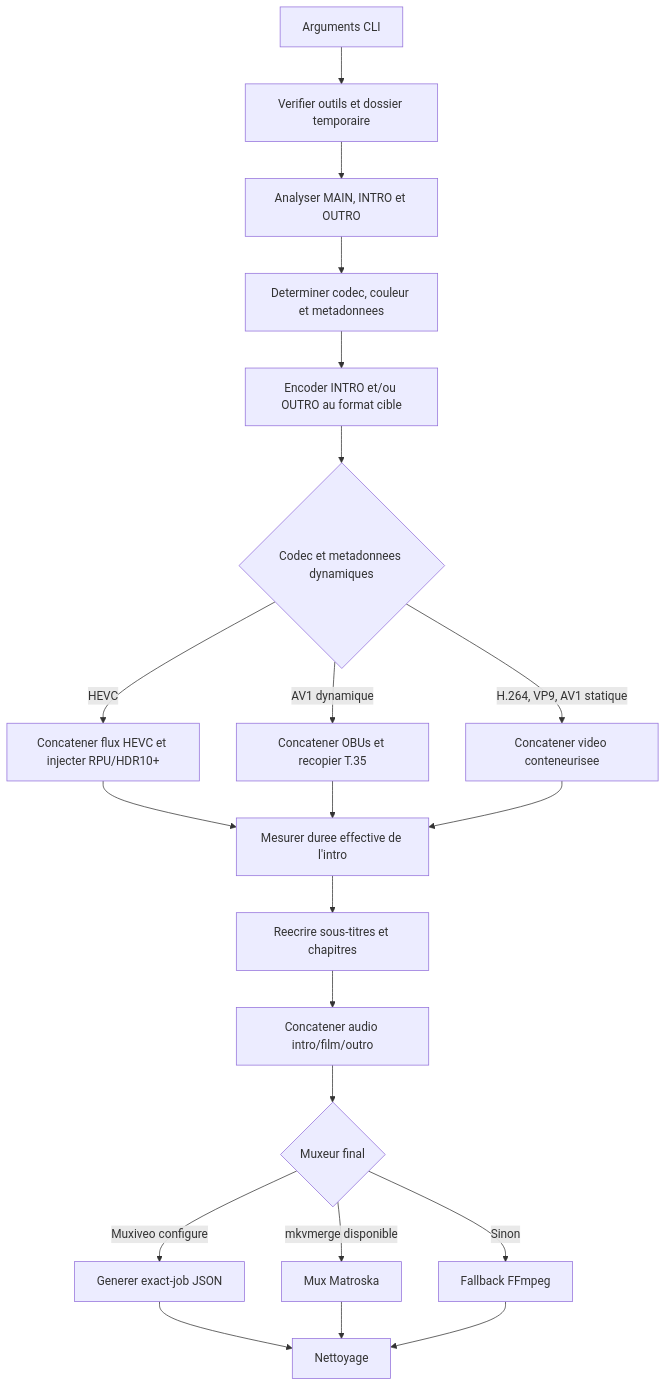
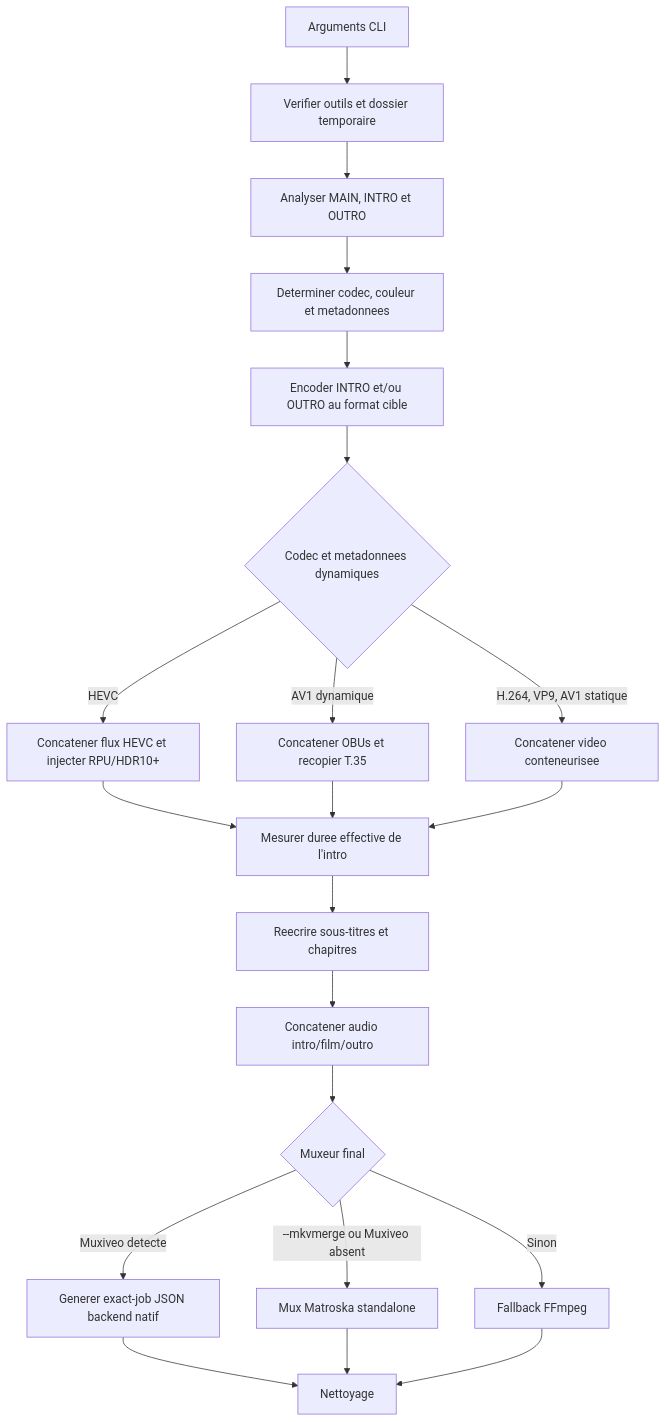
Before and after one commit to Hydro74000/mediarecode: the first of 2 diagrams in scripts/concat_video.md, drawn with Mermaid. The commit also changed other lines of this file, not shown here.

Commit message:
docs(concat): align standalone backend order with locked amendment

````diff
--- a/scripts/concat_video.md
+++ b/scripts/concat_video.md
@@ -307,23 +315,23 @@
 ```mermaid
 flowchart TD
     A[Arguments CLI] --> B[Verifier outils et dossier temporaire]
     B --> C[Analyser MAIN, INTRO et OUTRO]
     C --> D[Determiner codec, couleur et metadonnees]
     D --> E[Encoder INTRO et/ou OUTRO au format cible]
     E --> F{Codec et metadonnees dynamiques}
     F -->|HEVC| G[Concatener flux HEVC et injecter RPU/HDR10+]
     F -->|AV1 dynamique| H[Concatener OBUs et recopier T.35]
     F -->|H.264, VP9, AV1 statique| I[Concatener video conteneurisee]
     G --> J[Mesurer duree effective de l'intro]
     H --> J
     I --> J
     J --> K[Reecrire sous-titres et chapitres]
     K --> L[Concatener audio intro/film/outro]
     L --> M{Muxeur final}
-    M -->|Muxiveo configure| N[Generer exact-job JSON]
-    M -->|mkvmerge disponible| O[Mux Matroska]
+    M -->|Muxiveo detecte| N[Generer exact-job JSON backend natif]
+    M -->|--mkvmerge ou Muxiveo absent| O[Mux Matroska standalone]
     M -->|Sinon| P[Fallback FFmpeg]
     N --> Q[Nettoyage]
     O --> Q
     P --> Q
 ```
````
